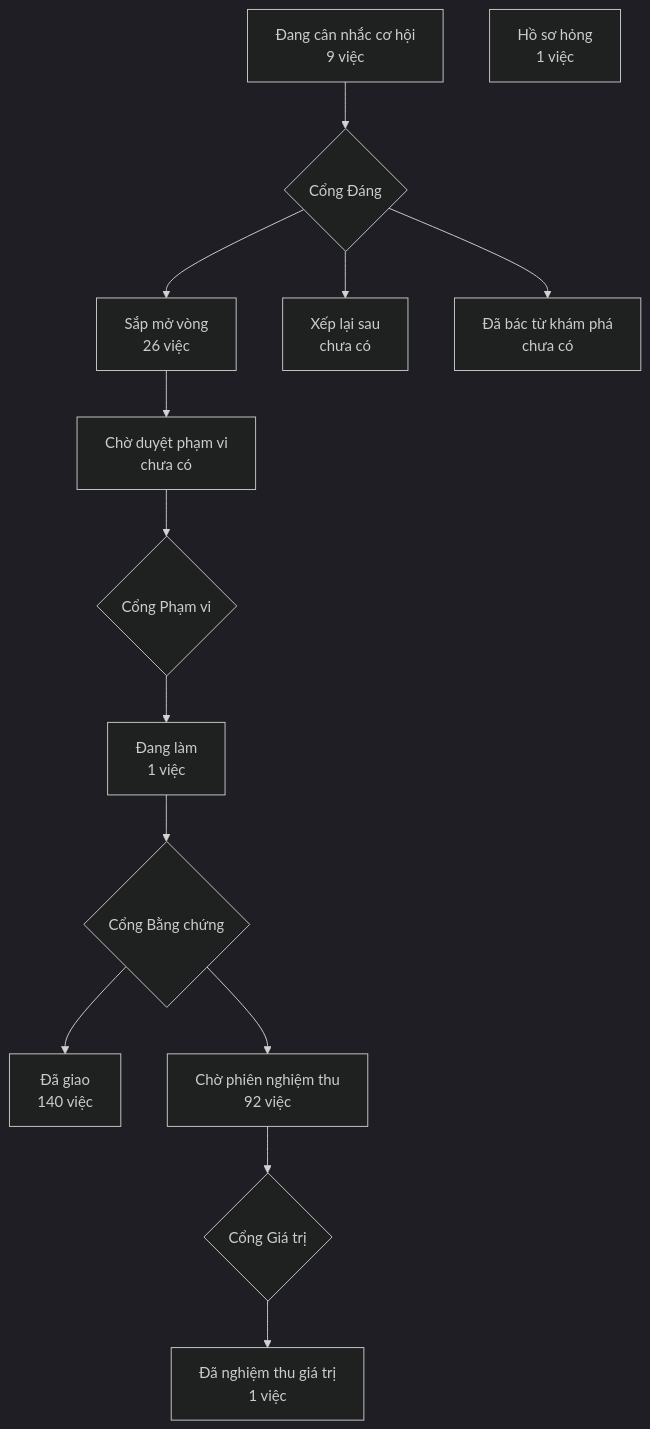
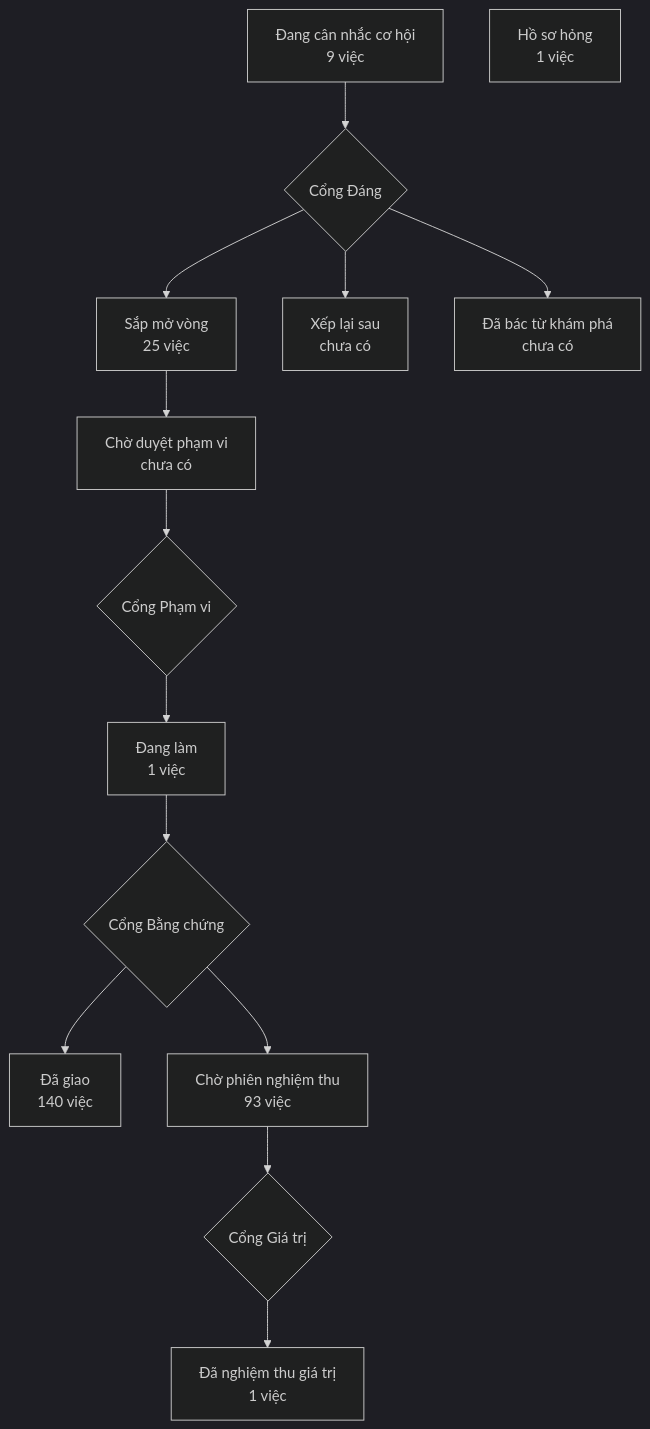
One commit to phanlemanh/crm-onehub changed the diagram in PRODUCT-MAP.md. Above: the diagram before and after it, drawn with Mermaid (dark theme). The commit also changed 1 other file, not shown here.

Commit message:
chore: vẽ lại bản đồ sản phẩm trên cây sạch sau khi gộp onehub b4e725860 (L2)

````diff
--- a/PRODUCT-MAP.md
+++ b/PRODUCT-MAP.md
@@ -7,13 +7,13 @@
 ```mermaid
 flowchart TD
   A["Đang cân nhắc cơ hội<br/>9 việc"] --> GD{"Cổng Đáng"}
-  GD --> B["Sắp mở vòng<br/>26 việc"]
+  GD --> B["Sắp mở vòng<br/>25 việc"]
   GD --> XL["Xếp lại sau<br/>chưa có"]
   GD --> DB["Đã bác từ khám phá<br/>chưa có"]
   B --> CD["Chờ duyệt phạm vi<br/>chưa có"] --> GP{"Cổng Phạm vi"}
   GP --> DL["Đang làm<br/>1 việc"] --> GB{"Cổng Bằng chứng"}
   GB --> DG["Đã giao<br/>140 việc"]
-  GB --> CN["Chờ phiên nghiệm thu<br/>92 việc"] --> GG{"Cổng Giá trị"}
+  GB --> CN["Chờ phiên nghiệm thu<br/>93 việc"] --> GG{"Cổng Giá trị"}
   GG --> NT["Đã nghiệm thu giá trị<br/>1 việc"]
   HS["Hồ sơ hỏng<br/>1 việc"]
 ```
````
